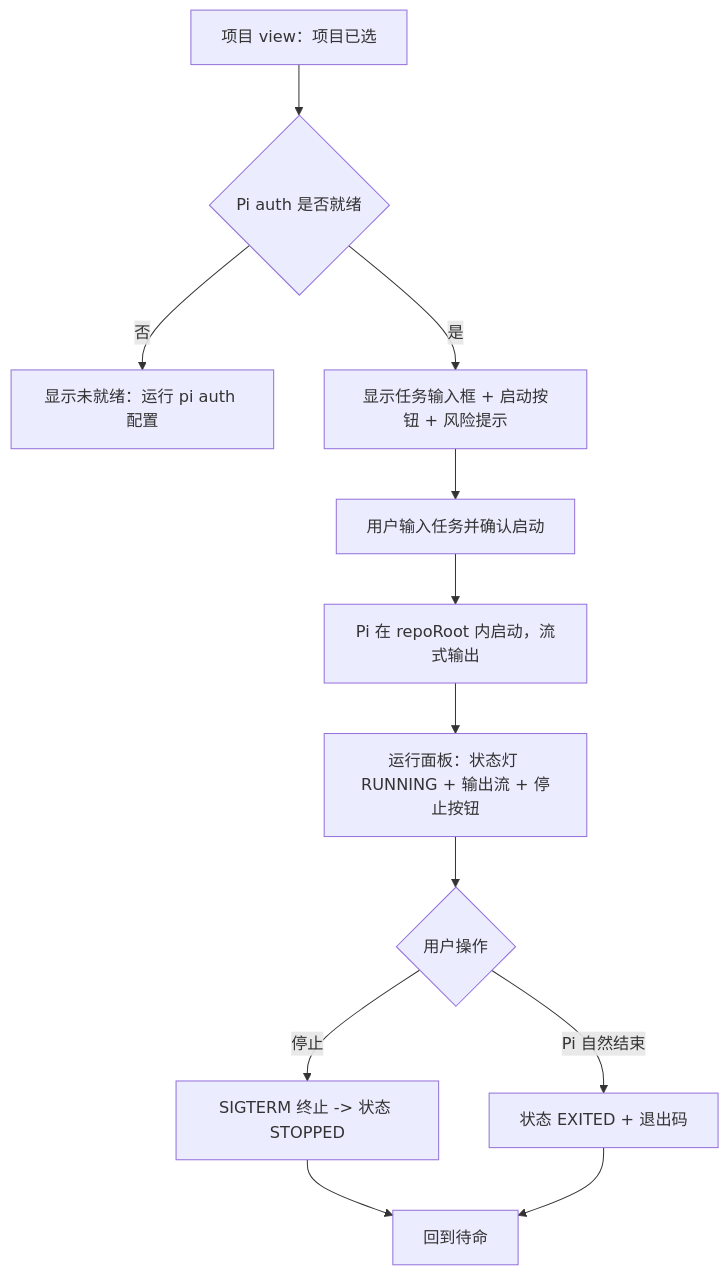
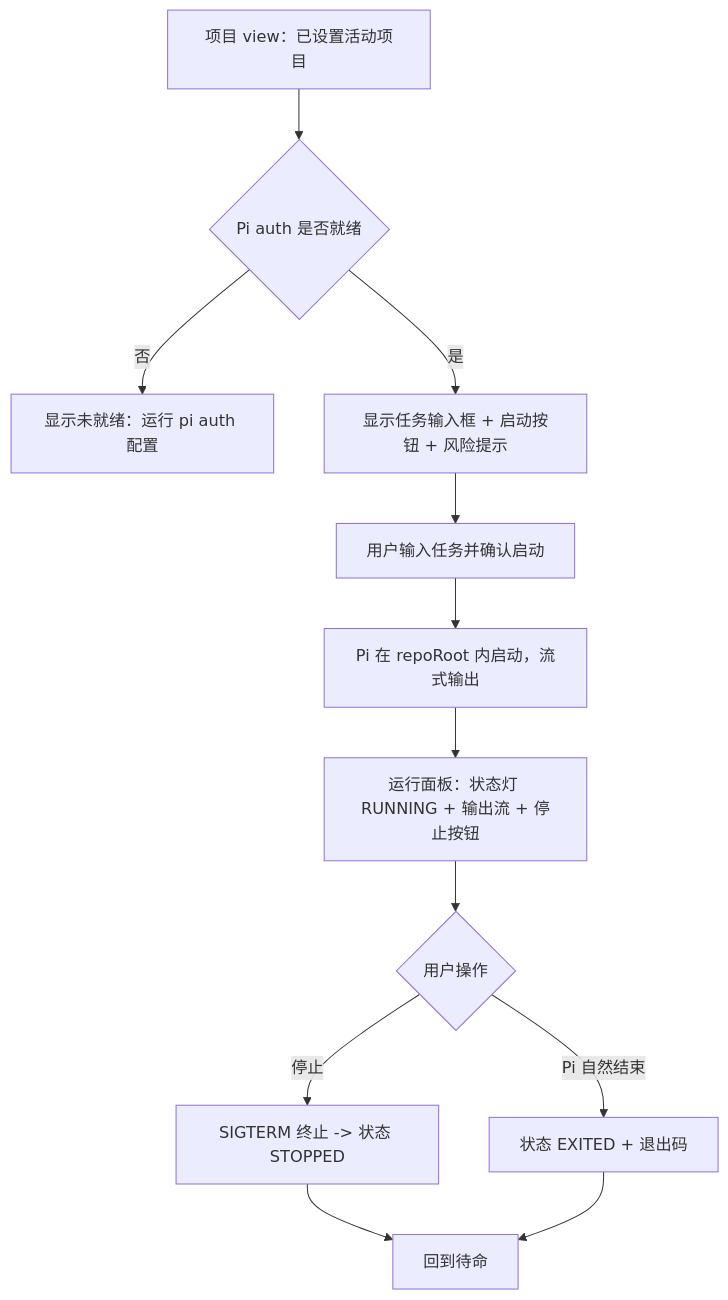
Before and after one commit to wbyan2021/pullic-talk: the first of 2 diagrams in docs/plans/2026-08-06-s03-pi-controlled-run-design.md, drawn with Mermaid. The commit also changed other lines of this file and 2 other files, not shown here.

````diff
--- a/docs/plans/2026-08-06-s03-pi-controlled-run-design.md
+++ b/docs/plans/2026-08-06-s03-pi-controlled-run-design.md
@@ -57,14 +62,14 @@
 ```mermaid
 flowchart TB
-    A["项目 view：项目已选"] --> B{"Pi auth 是否就绪"}
+    A["项目 view：已设置活动项目"] --> B{"Pi auth 是否就绪"}
     B -->|"否"| C["显示未就绪：运行 pi auth 配置"]
     B -->|"是"| D["显示任务输入框 + 启动按钮 + 风险提示"]
     D --> E["用户输入任务并确认启动"]
     E --> F["Pi 在 repoRoot 内启动，流式输出"]
     F --> G["运行面板：状态灯 RUNNING + 输出流 + 停止按钮"]
     G --> H{"用户操作"}
     H -->|"停止"| I["SIGTERM 终止 -> 状态 STOPPED"]
     H -->|"Pi 自然结束"| J["状态 EXITED + 退出码"]
     I --> K["回到待命"]
     J --> K
 ```
````
